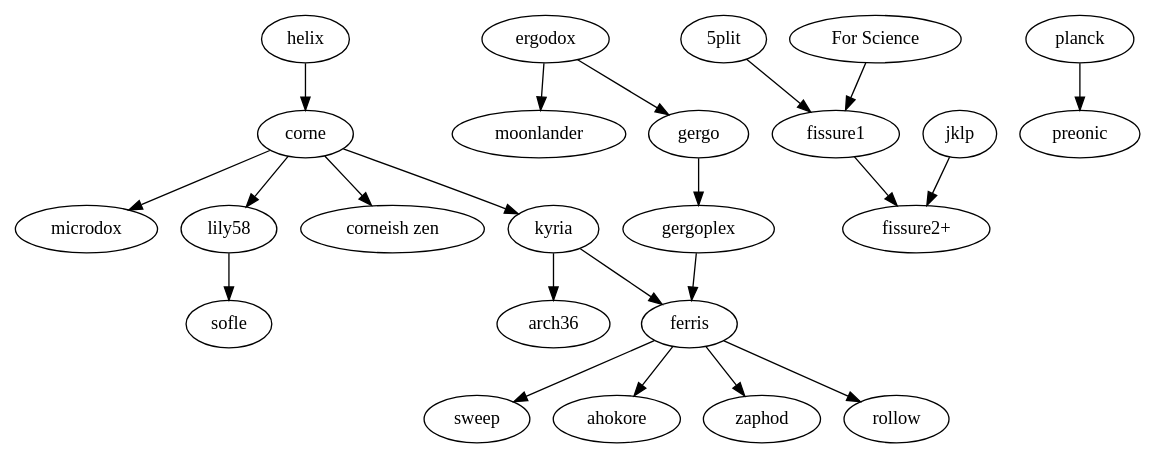
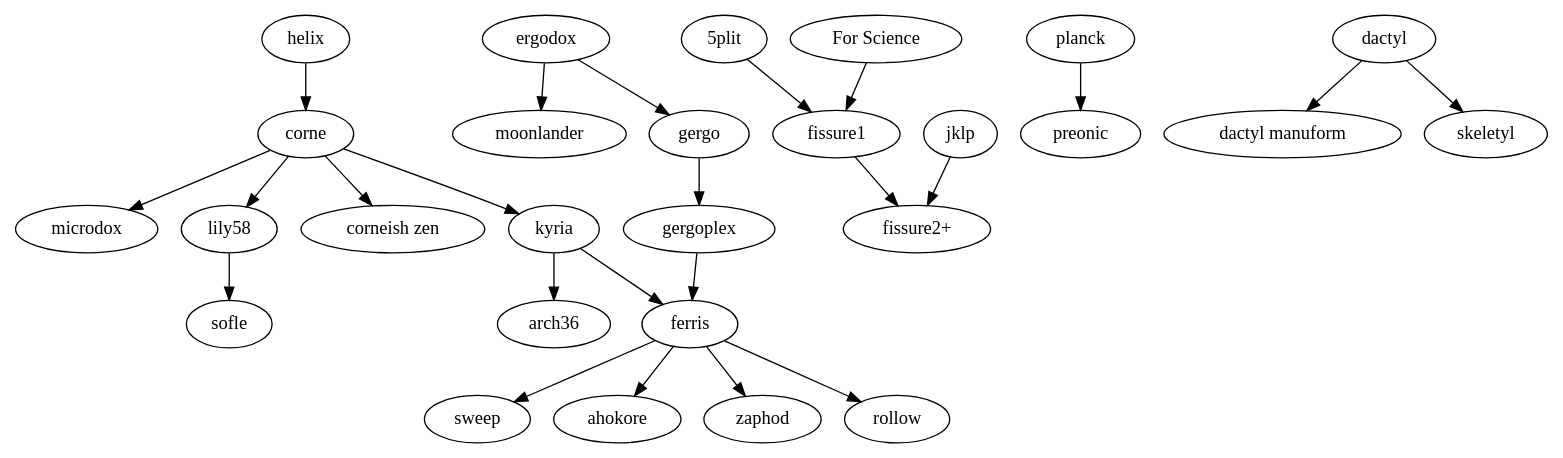
The diagram in tree.gv (petejohanson/mk-family-tree), drawn with Graphviz before and after one commit.

Commit message:
Add dactyl lineage.

```diff
--- a/tree.gv
+++ b/tree.gv
@@ -1,43 +1,50 @@
 digraph T {
   subgraph splits {
     helix -> corne;
 
     corne -> {
       kyria,
       microdox,
       lily58,
       "corneish zen";
     };
 
     lily58 -> sofle;
 
     kyria -> {
         ferris,
         arch36
     };
 
     ergodox -> {
       gergo,
       moonlander
     };
 
     gergo -> gergoplex;
     gergoplex -> ferris;
 
     ferris -> {
       sweep,
       ahokore,
       zaphod,
       rollow
     };
 
     "5plit" -> "fissure1";
     "For Science" -> "fissure1";
     fissure1 -> "fissure2+";
     jklp -> "fissure2+";
   }
 
   subgraph ortholinear {
     planck -> preonic;
   }
+
+  subgraph {
+    dactyl -> {
+      "dactyl manuform",
+      skeletyl
+    }
+  }
 }
```
